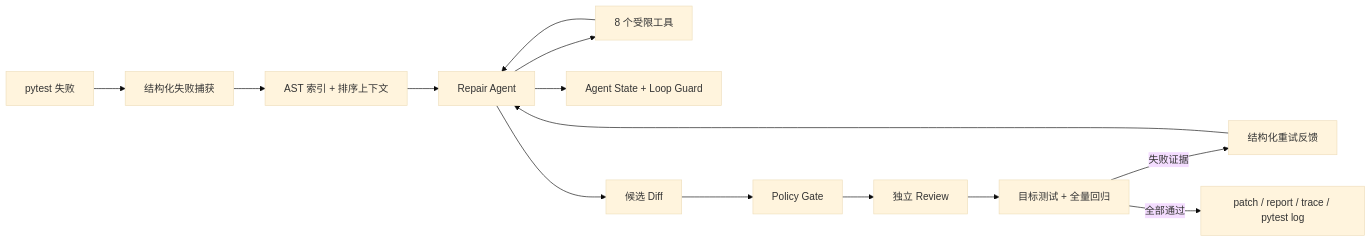
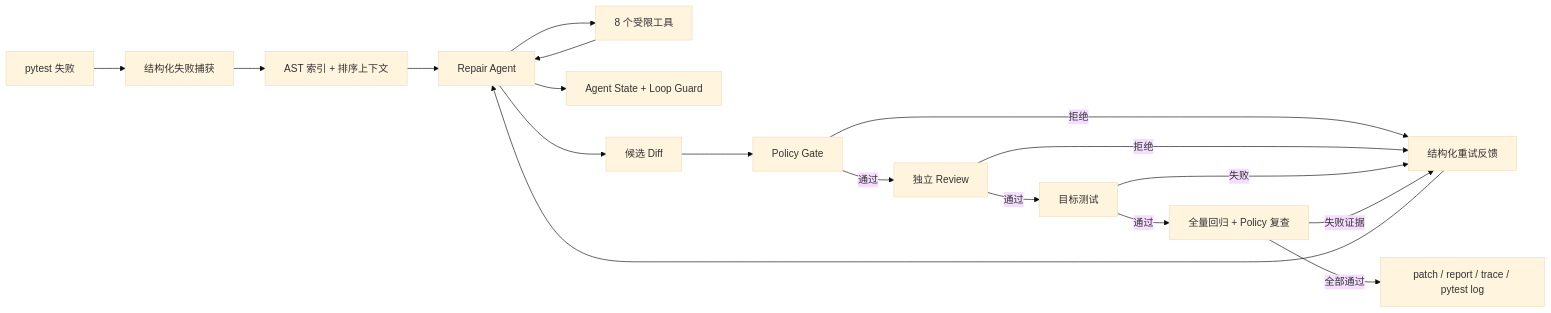
One commit to JerryWu-gith/pyrepair-agent changed the diagram in README.md. Above: the diagram before and after it, drawn with Mermaid (base theme). The commit also changed other lines of this file and 5 other files, not shown here.

````diff
--- a/README.md
+++ b/README.md
@@ -49,16 +49,20 @@
 ```mermaid
 flowchart LR
     A[pytest 失败] --> B[结构化失败捕获]
     B --> C[AST 索引 + 排序上下文]
     C --> D[Repair Agent]
     D --> E[8 个受限工具]
     E --> D
     D --> F[Agent State + Loop Guard]
     D --> G[候选 Diff]
     G --> H[Policy Gate]
-    H --> I[独立 Review]
-    I --> J[目标测试 + 全量回归]
-    J -->|失败证据| K[结构化重试反馈]
+    H -->|通过| I[独立 Review]
+    H -->|拒绝| K[结构化重试反馈]
+    I -->|通过| T[目标测试]
+    I -->|拒绝| K
+    T -->|通过| J[全量回归 + Policy 复查]
+    T -->|失败| K
+    J -->|失败证据| K
     K --> D
     J -->|全部通过| L[patch / report / trace / pytest log]
 ```
````
